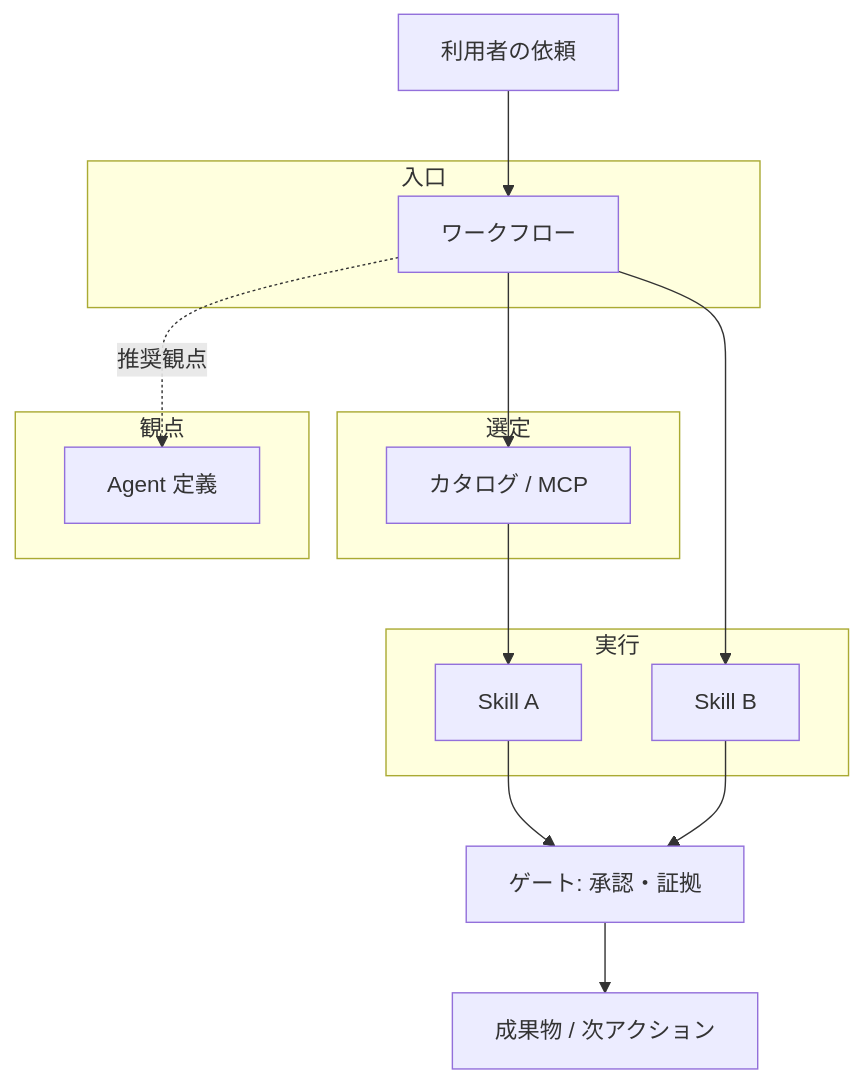
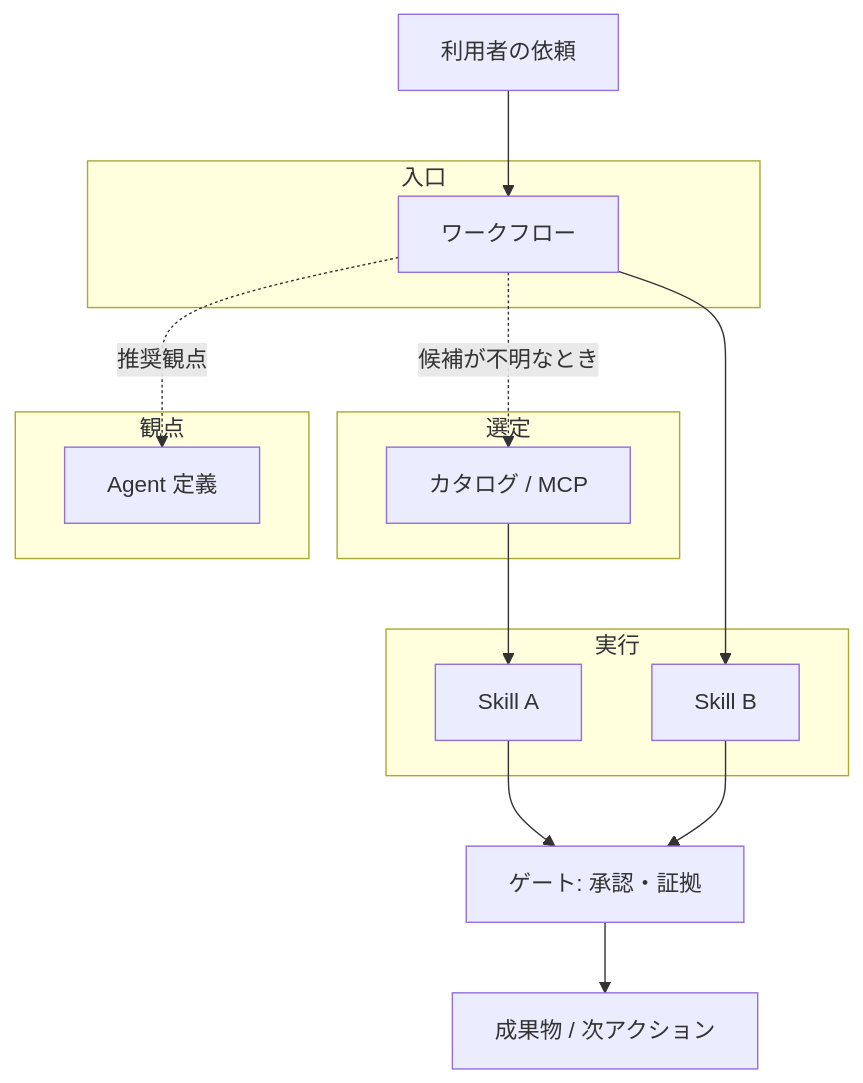
The diagram in docs/METHODOLOGY.md (parkwoo/wawoo-skills), drawn with Mermaid before and after one commit. The commit also changed other lines of this file and 4 other files, not shown here.

````diff
--- a/docs/METHODOLOGY.md
+++ b/docs/METHODOLOGY.md
@@ -49,24 +53,24 @@
 ```mermaid
 flowchart TB
   subgraph entry [入口]
     W[ワークフロー]
   end
   subgraph select [選定]
     C[カタログ / MCP]
   end
   subgraph exec [実行]
     S1[Skill A]
     S2[Skill B]
   end
   subgraph lens [観点]
     A[Agent 定義]
   end
   U[利用者の依頼] --> W
-  W --> C
+  W --> S2
+  W -. 候補が不明なとき .-> C
   C --> S1
-  W --> S2
   W -. 推奨観点 .-> A
   S1 --> G[ゲート: 承認・証拠]
   S2 --> G
   G --> Out[成果物 / 次アクション]
 ```
````
